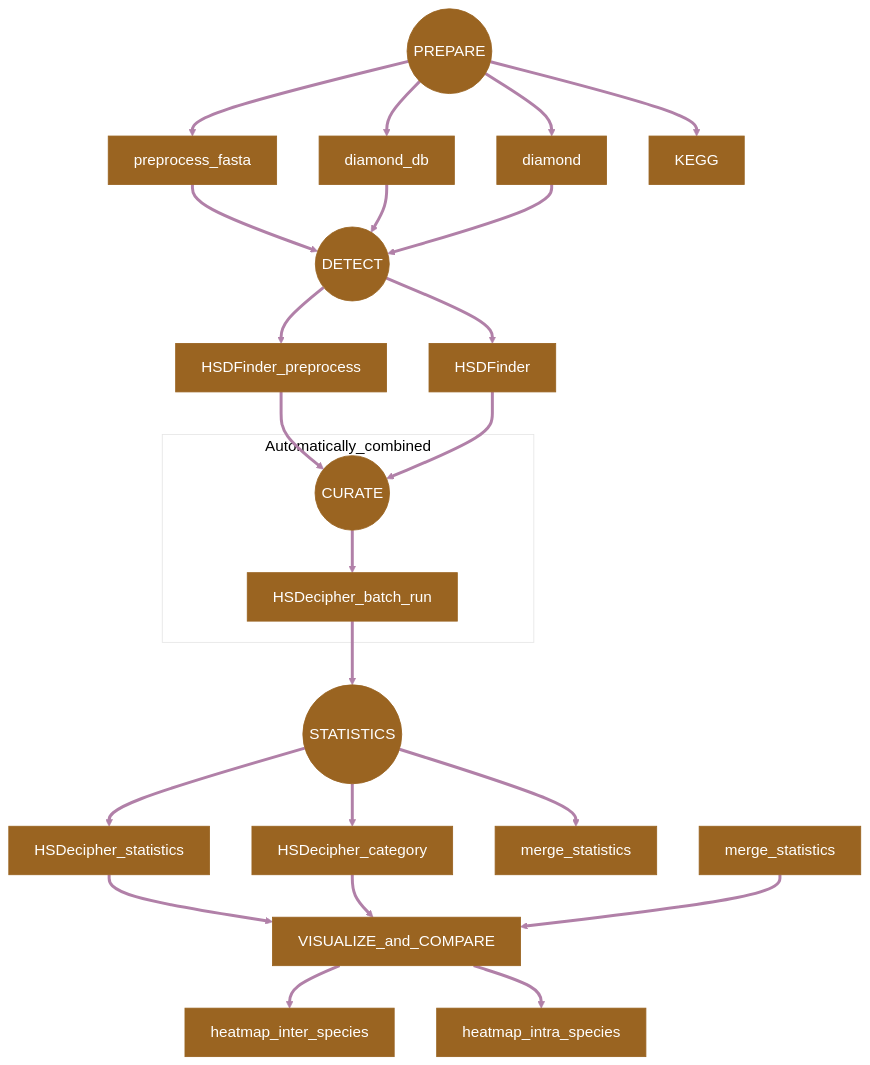
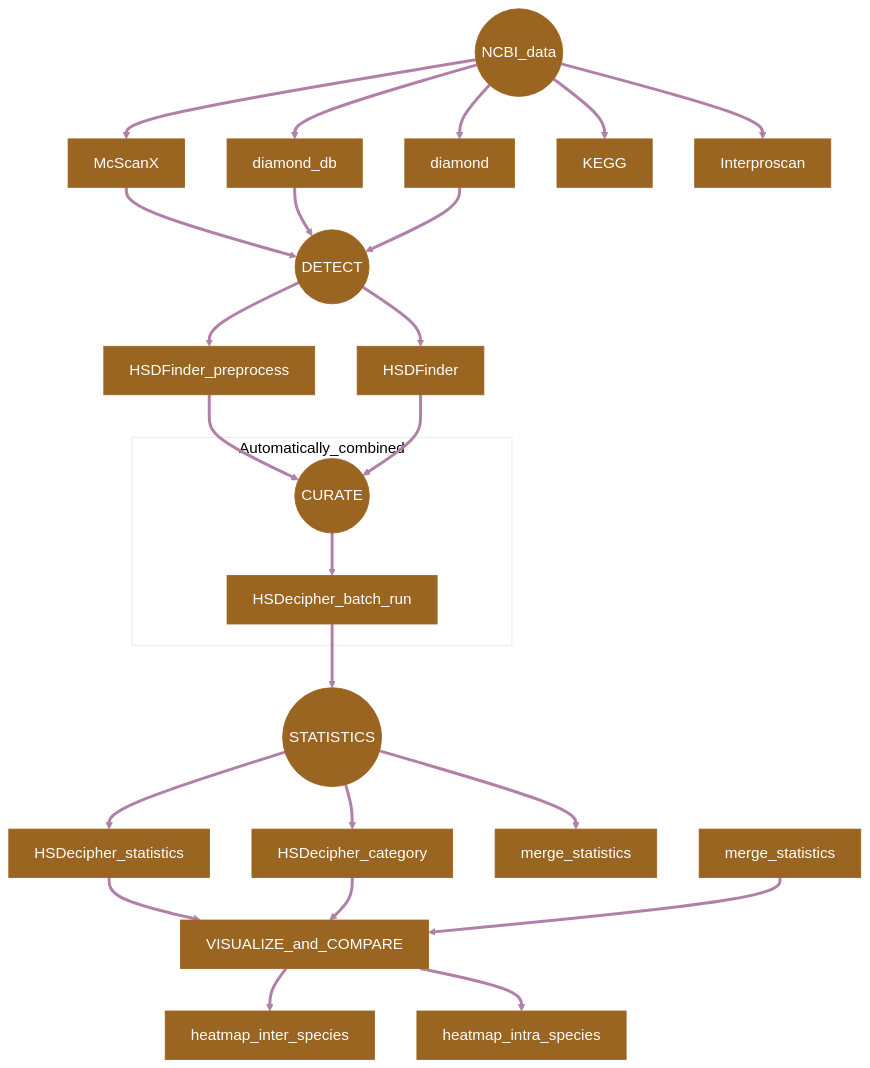
One commit to zx0223winner/HSDSnake changed the diagram in README.md. Above: the diagram before and after it, drawn with Mermaid. The commit also changed other lines of this file, not shown here.

````diff
--- a/README.md
+++ b/README.md
@@ -10,51 +10,52 @@
 ```mermaid
 %%{init: {
     'theme': 'base',
     'themeVariables': {
     'fontSize': '18px",
     'primaryColor': '#9A6421',
     'primaryTextColor': '#ffffff',
     'primaryBorderColor': '#9A6421',
     'lineColor': '#B180A8',
     'secondaryColor': '#455C58',
     'tertiaryColor': '#ffffff'
   }
 }}%%
 flowchart TD
   
-  PREPARE((PREPARE)) ==> preprocess_fasta[preprocess_fasta]
+  PREPARE((NCBI_data)) ==> McScanX[McScanX]
   PREPARE ==> diamond_db[diamond_db]
   PREPARE ==> diamond[ diamond]
-  PREPARE ==> KEGG[KEGG]
+  PREPARE ==> CDS[KEGG]
+  PREPARE ==> Interproscan[Interproscan]
 
-  preprocess_fasta ==> DETECT
+  McScanX ==> DETECT
   diamond_db ==> DETECT
   diamond ==> DETECT
 
 
   DETECT((DETECT)) ==> HSDFinder_preprocess[HSDFinder_preprocess]
   DETECT ==> HSDFinder[HSDFinder]
   
 
   HSDFinder_preprocess ==> CURATE
   HSDFinder ==> CURATE
   
   subgraph Automatically_combined
    CURATE((CURATE)) ==> HSDecipher_batch_run[HSDecipher_batch_run]
   end
   HSDecipher_batch_run ==> STATISTICS
 
   STATISTICS((STATISTICS)) ==> HSDecipher_statistics[HSDecipher_statistics]
   STATISTICS ==> HSDecipher_category[HSDecipher_category]
   STATISTICS ==> merge_stastics[merge_statistics]
 
   HSDecipher_statistics ==> VISUALIZE_and_COMPARE
   HSDecipher_category ==> VISUALIZE_and_COMPARE
   merge_statistics ==> VISUALIZE_and_COMPARE
 
   VISUALIZE_and_COMPARE ==> HSDecipher_heatmap_inter_species_prepare[heatmap_inter_species]
   VISUALIZE_and_COMPARE ==> HSDecipher_heatmap_intra_species[heatmap_intra_species]
 
 
 
 ```
````
